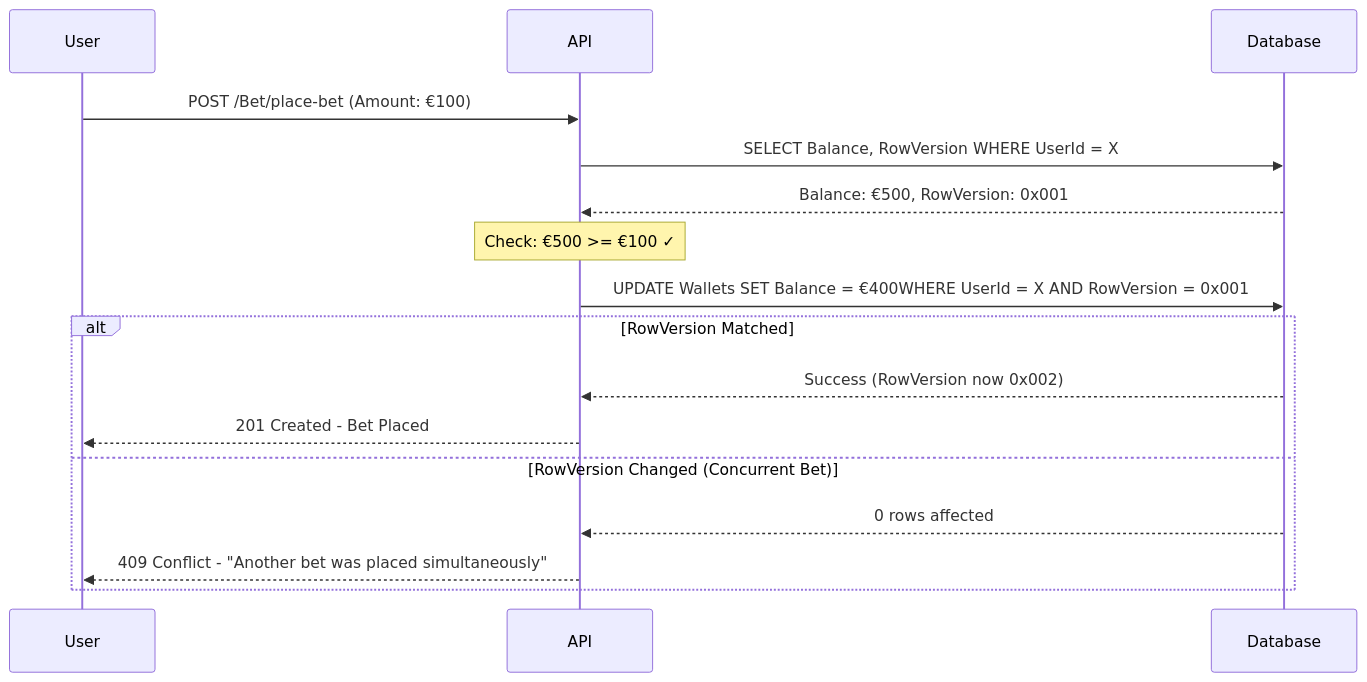
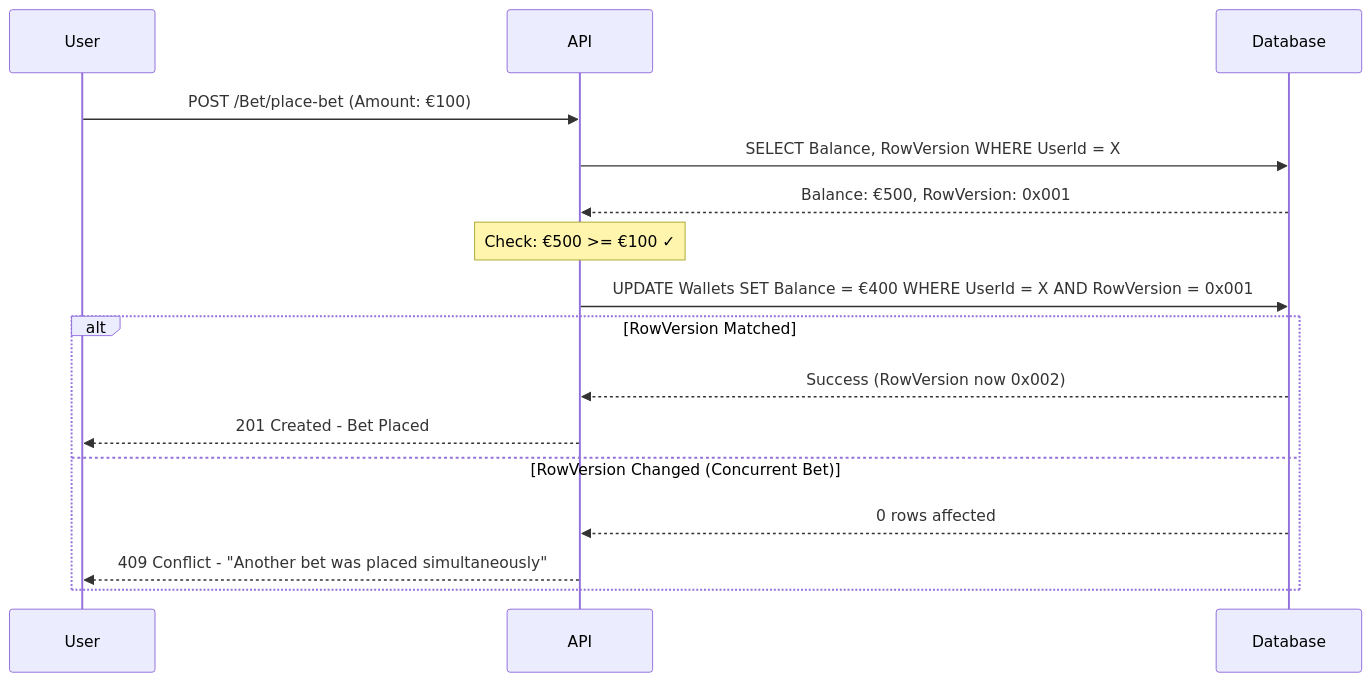
Before and after one commit to DeVFirmino/SportsBetting: the second of 3 diagrams in README.md, drawn with Mermaid. The commit also changed other lines of this file, not shown here.

````diff
--- a/README.md
+++ b/README.md
@@ -184,22 +186,22 @@
 ```mermaid
 sequenceDiagram
     participant User
     participant API
     participant Database
     
     User->>API: POST /Bet/place-bet (Amount: €100)
     API->>Database: SELECT Balance, RowVersion WHERE UserId = X
     Database-->>API: Balance: €500, RowVersion: 0x001
     
     Note over API: Check: €500 >= €100 ✓
     
-    API->>Database: UPDATE Wallets SET Balance = €400WHERE UserId = X AND RowVersion = 0x001
+    API->>Database: UPDATE Wallets SET Balance = €400 WHERE UserId = X AND RowVersion = 0x001
     
     alt RowVersion Matched
         Database-->>API: Success (RowVersion now 0x002)
         API-->>User: 201 Created - Bet Placed
     else RowVersion Changed (Concurrent Bet)
         Database-->>API: 0 rows affected
         API-->>User: 409 Conflict - "Another bet was placed simultaneously"
     end
 ```
````
